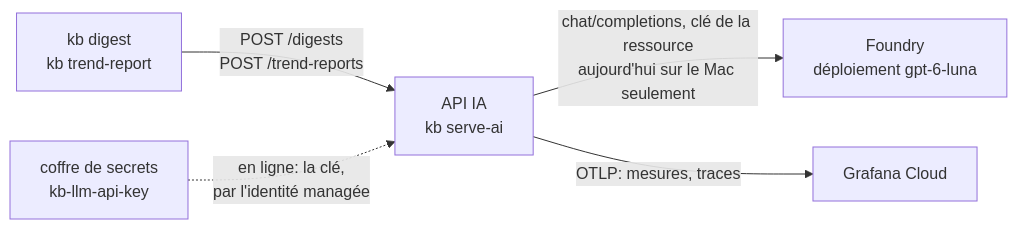
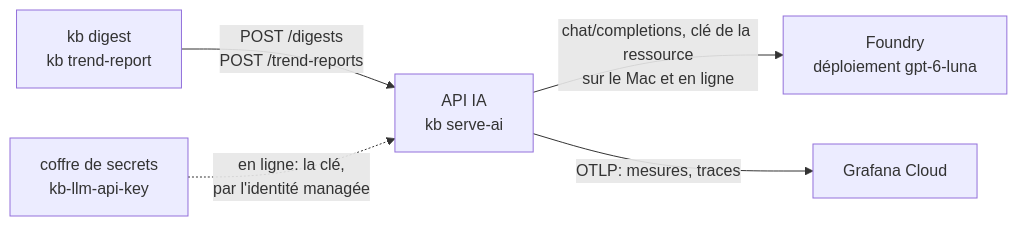
One commit to SabineLaurent/K-B changed the diagram in documentation/service_ia_pour_docu.md. Above: the diagram before and after it, drawn with Mermaid. The commit also changed other lines of this file, not shown here.

Commit message:
docs: give the sheet of the AI service its accessible form, repoint its references on main, and say the model is called online since 2026-11-11 (issues 167, 623)

````diff
--- a/documentation/service_ia_pour_docu.md
+++ b/documentation/service_ia_pour_docu.md
@@ -275,7 +278,7 @@
 ```mermaid
 flowchart LR
     digest["kb digest<br>kb trend-report"] -->|"POST /digests<br>POST /trend-reports"| ai["API IA<br>kb serve-ai"]
-    ai -->|"chat/completions, clé de la ressource<br>aujourd'hui sur le Mac seulement"| model["Foundry<br>déploiement gpt-6-luna"]
+    ai -->|"chat/completions, clé de la ressource<br>sur le Mac et en ligne"| model["Foundry<br>déploiement gpt-6-luna"]
     ai -->|"OTLP: mesures, traces"| grafana["Grafana Cloud"]
     vault["coffre de secrets<br>kb-llm-api-key"] -.->|"en ligne: la clé,<br>par l'identité managée"| ai
 ```
````
